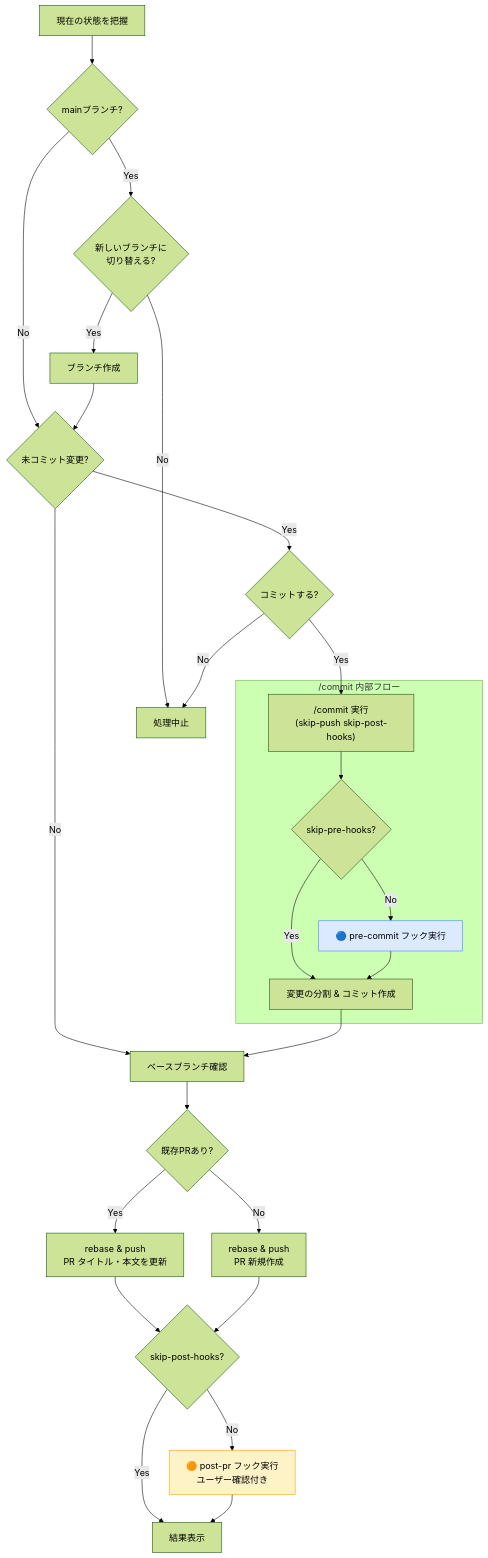
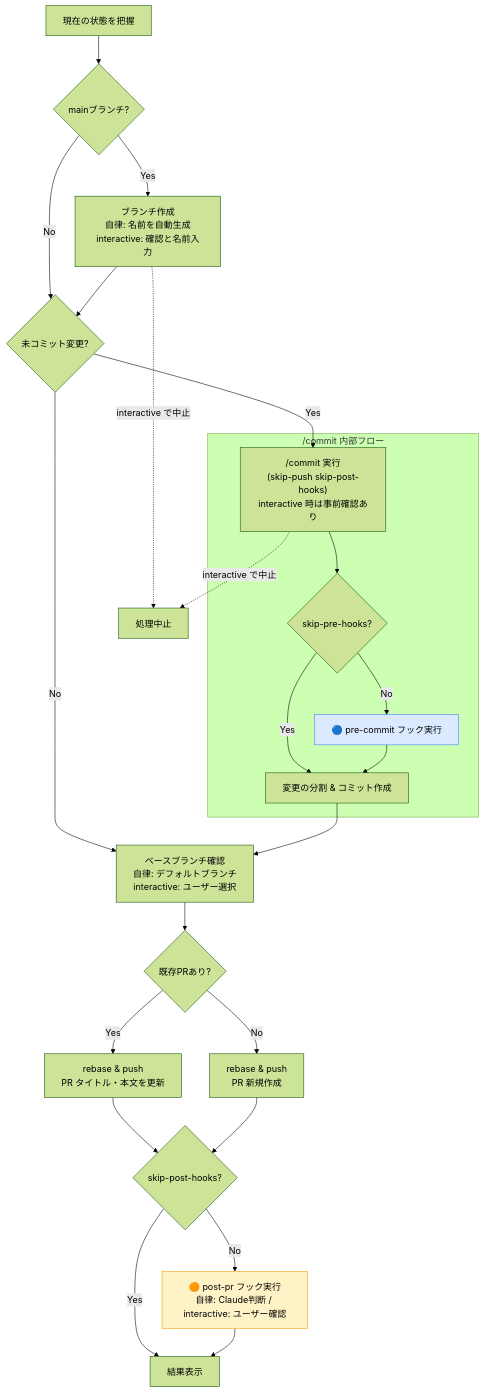
Before and after one commit to yoshiyasuko/claude-code-git-workflow-plugins: the diagram in docs/create-pr-flow.md, drawn with Mermaid (forest theme). The commit also changed other lines of this file and 7 other files, not shown here.

````diff
--- a/docs/create-pr-flow.md
+++ b/docs/create-pr-flow.md
@@ -3,33 +3,32 @@
 ```mermaid
 flowchart TD
     A[現在の状態を把握] --> B{mainブランチ?}
-    B -- Yes --> C{新しいブランチに<br/>切り替える?}
+    B -- Yes --> C[ブランチ作成<br/>自律: 名前を自動生成<br/>interactive: 確認と名前入力]
     B -- No --> D
-    C -- Yes --> C2[ブランチ作成] --> D
-    C -- No --> ABORT[処理中止]
+    C --> D
+    C -. interactive で中止 .-> ABORT[処理中止]
     D{未コミット変更?}
-    D -- Yes --> E{コミットする?}
+    D -- Yes --> F["/commit 実行<br/>(skip-push skip-post-hooks)<br/>interactive 時は事前確認あり"]
     D -- No --> G
-    E -- Yes --> F["/commit 実行<br/>(skip-push skip-post-hooks)"]
-    E -- No --> ABORT
+    F -. interactive で中止 .-> ABORT
 
     subgraph commit ["/commit 内部フロー"]
         F --> F1{skip-pre-hooks?}
         F1 -- No --> F2[🔵 pre-commit フック実行]
         F1 -- Yes --> F3
         F2 --> F3[変更の分割 & コミット作成]
     end
 
-    F3 --> G[ベースブランチ確認]
+    F3 --> G[ベースブランチ確認<br/>自律: デフォルトブランチ<br/>interactive: ユーザー選択]
     G --> H{既存PRあり?}
     H -- Yes --> I[rebase & push<br/>PR タイトル・本文を更新]
     H -- No --> J[rebase & push<br/>PR 新規作成]
     I --> K{skip-post-hooks?}
     J --> K
-    K -- No --> L[🟠 post-pr フック実行<br/>ユーザー確認付き]
+    K -- No --> L[🟠 post-pr フック実行<br/>自律: Claude判断 / interactive: ユーザー確認]
     K -- Yes --> END[結果表示]
     L --> END
 
     style F2 fill:#dbeafe,stroke:#3b82f6
     style L fill:#fef3c7,stroke:#f59e0b
 ```
````
